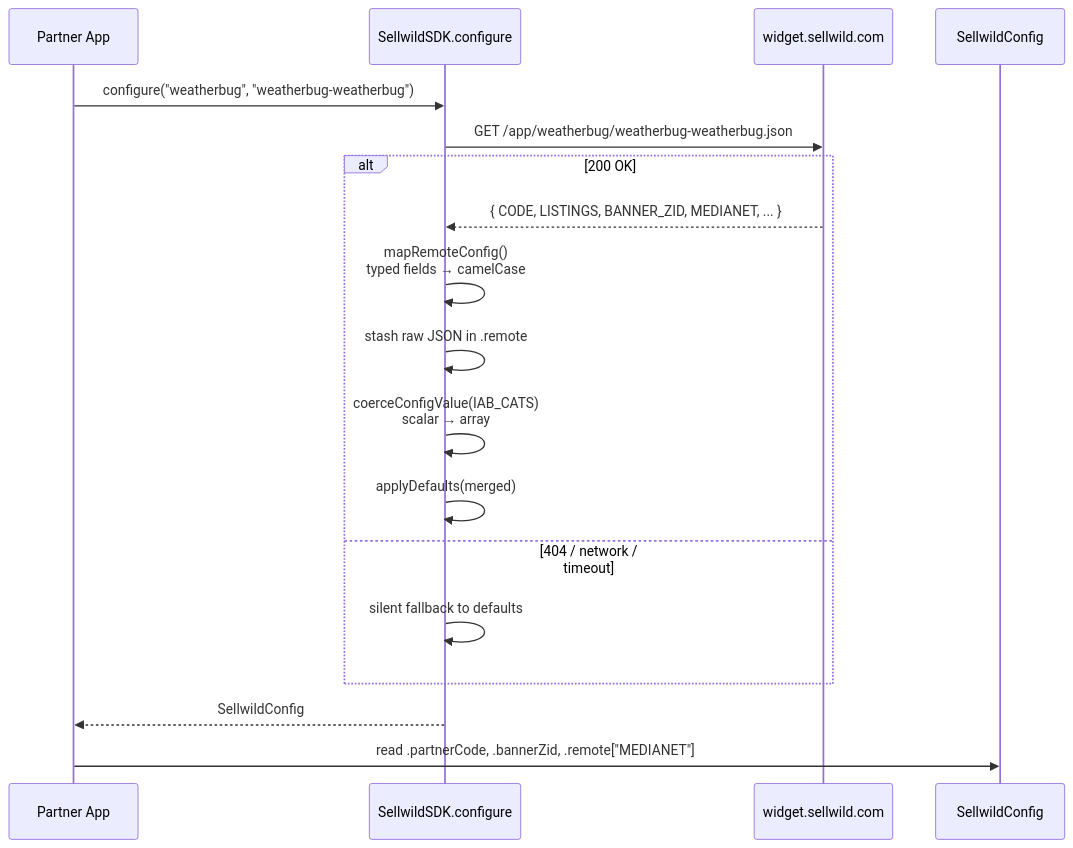
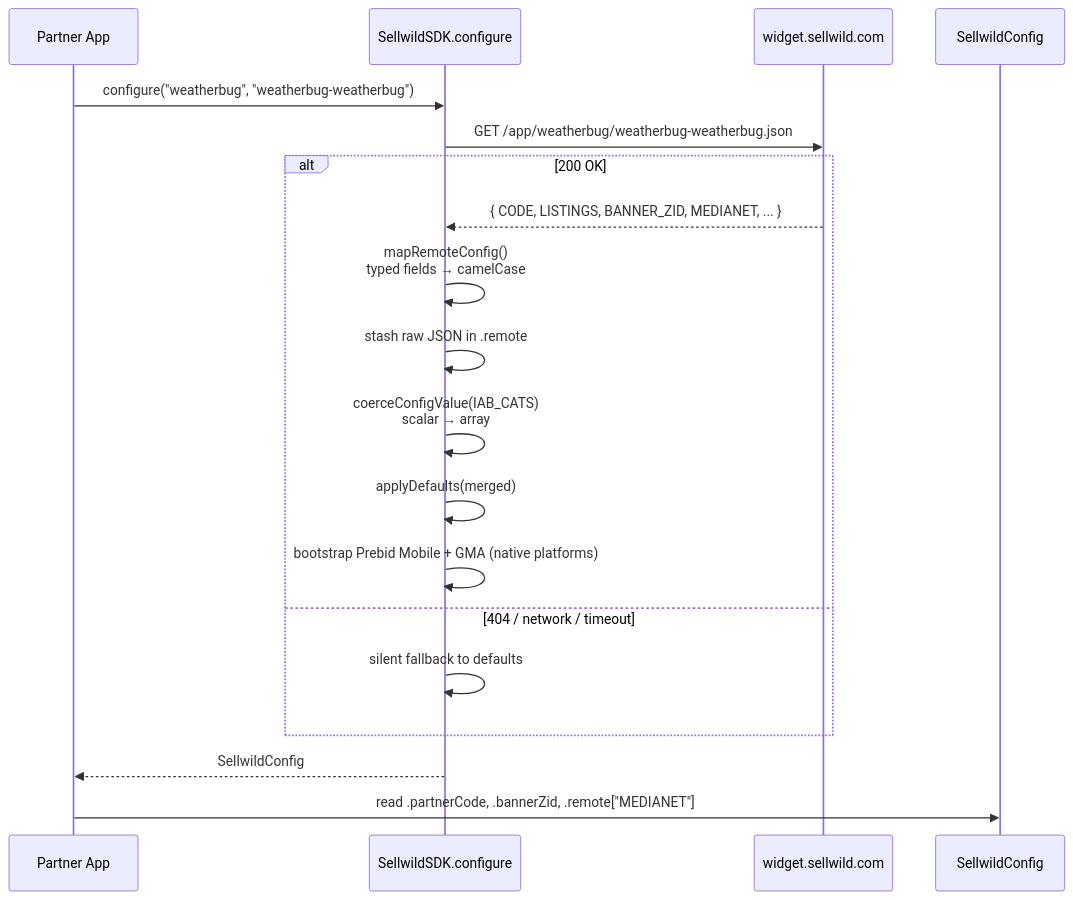
Before and after one commit to Antengo/sellwild-sdk: the second of 6 diagrams in ARCHITECTURE.md, drawn with Mermaid. The commit also changed other lines of this file and 4 other files, not shown here.

````diff
--- a/ARCHITECTURE.md
+++ b/ARCHITECTURE.md
@@ -70,21 +71,22 @@
 ```mermaid
 sequenceDiagram
     participant App as Partner App
     participant SDK as SellwildSDK.configure
     participant CDN as widget.sellwild.com
     participant Config as SellwildConfig
 
     App->>SDK: configure("weatherbug", "weatherbug-weatherbug")
     SDK->>CDN: GET /app/weatherbug/weatherbug-weatherbug.json
     alt 200 OK
         CDN-->>SDK: { CODE, LISTINGS, BANNER_ZID, MEDIANET, ... }
         SDK->>SDK: mapRemoteConfig()<br/>typed fields → camelCase
         SDK->>SDK: stash raw JSON in .remote
         SDK->>SDK: coerceConfigValue(IAB_CATS)<br/>scalar → array
         SDK->>SDK: applyDefaults(merged)
+        SDK->>SDK: bootstrap Prebid Mobile + GMA (native platforms)
     else 404 / network / timeout
         SDK->>SDK: silent fallback to defaults
     end
     SDK-->>App: SellwildConfig
     App->>Config: read .partnerCode, .bannerZid, .remote["MEDIANET"]
 ```
````
